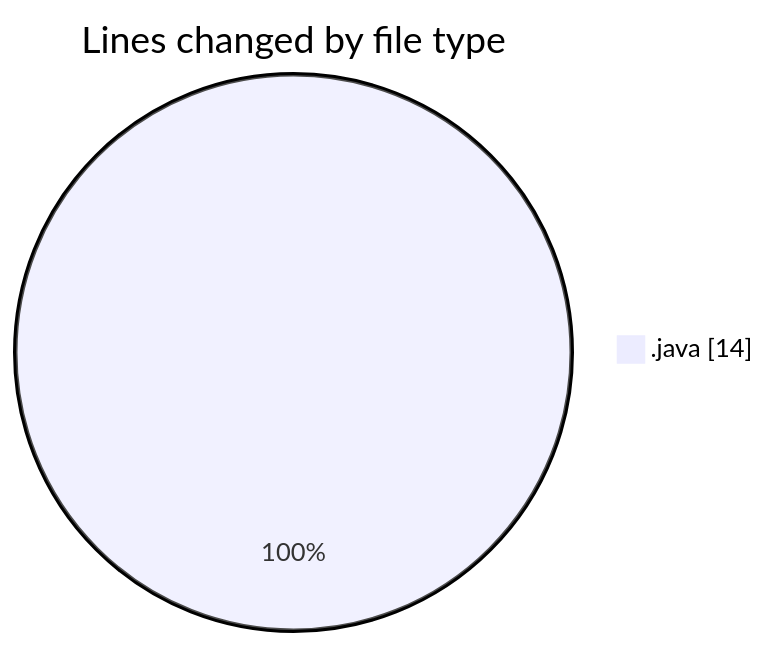
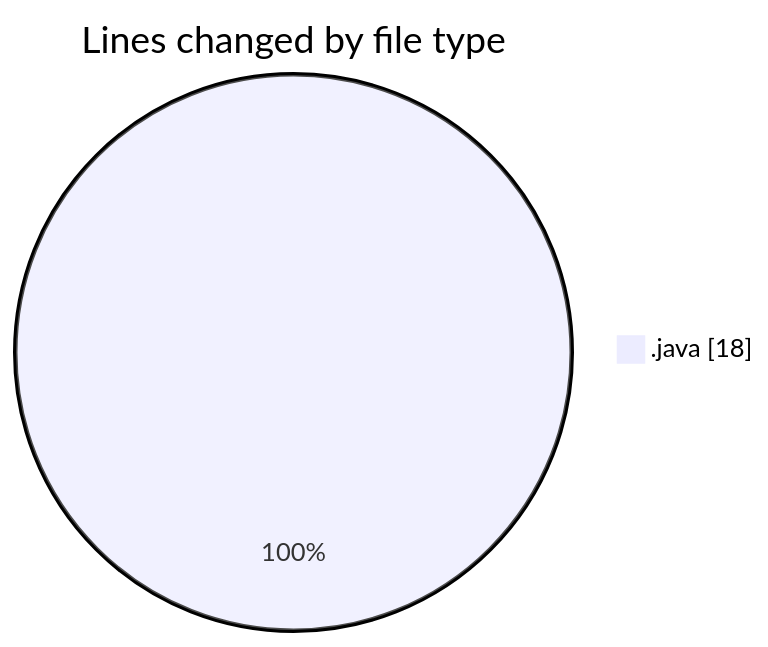
The first of 2 diagrams in 2025-02-05/computer_202/README.md (NitaiMahat/code-tracking), drawn with Mermaid before and after one commit. The commit also changed other lines of this file and 1 other file, not shown here.

````diff
--- a/2025-02-05/computer_202/README.md
+++ b/2025-02-05/computer_202/README.md
@@ -22,5 +22,5 @@
 ```mermaid
 pie showData
 title Lines changed by file type
-".java" : 14
+".java" : 18
 ```
````
